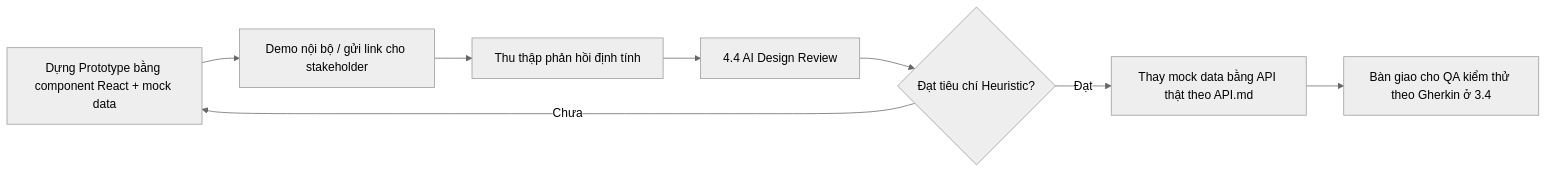
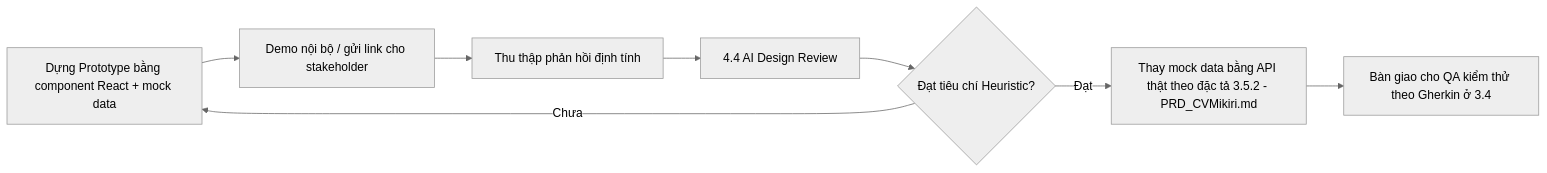
Before and after one commit to nadz1112/MikiriCV: the eighth of 9 diagrams in docs/Chuong4_CVMikiri_UX.md, drawn with Mermaid (neutral theme). The commit also changed other lines of this file, not shown here.

Commit message:
docs: UX/UI Design (User Flow, Wireframe, Prototype, AI Design Review) for CVMikiri

````diff
--- a/docs/Chuong4_CVMikiri_UX.md
+++ b/docs/Chuong4_CVMikiri_UX.md
@@ -259,10 +312,10 @@
 ```mermaid
 flowchart LR
     A[Dựng Prototype bằng component React + mock data] --> B[Demo nội bộ / gửi link cho stakeholder]
     B --> C[Thu thập phản hồi định tính]
     C --> D[4.4 AI Design Review]
     D --> E{Đạt tiêu chí Heuristic?}
     E -- Chưa --> A
-    E -- Đạt --> F[Thay mock data bằng API thật theo API.md]
+    E -- Đạt --> F[Thay mock data bằng API thật theo đặc tả 3.5.2 - PRD_CVMikiri.md]
     F --> G[Bàn giao cho QA kiểm thử theo Gherkin ở 3.4]
 ```
````
